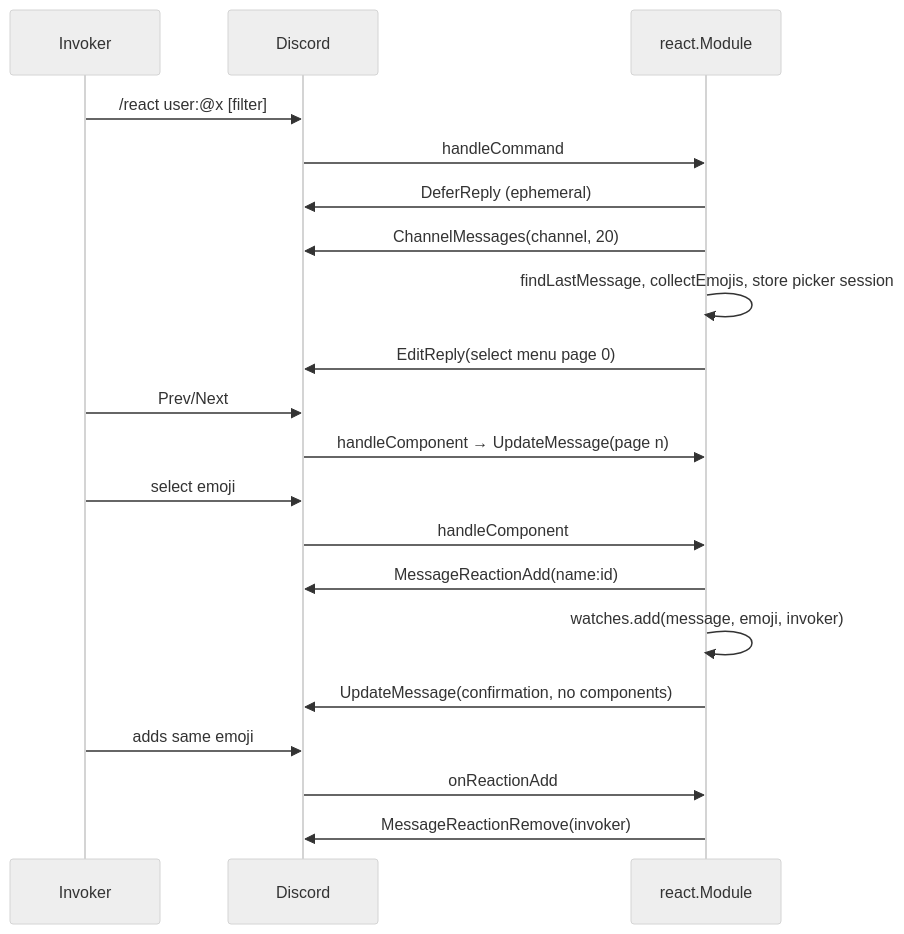
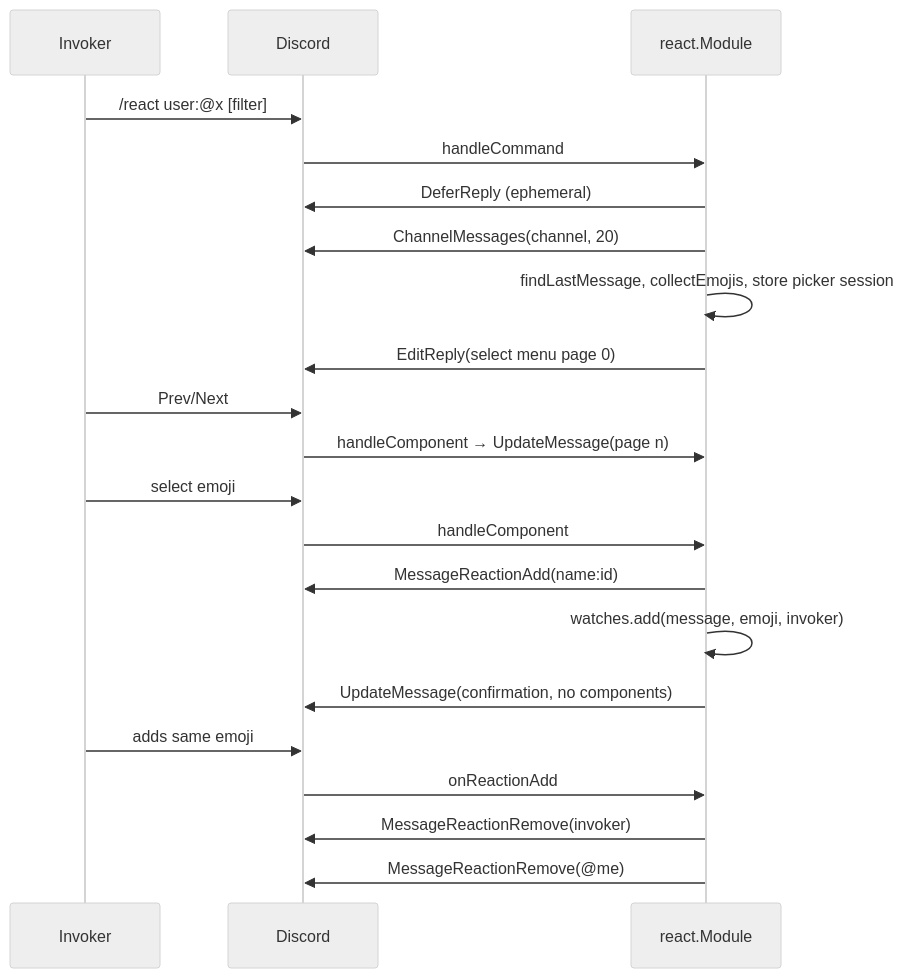
The diagram in docs/modules/react.md (toksikk/gidbig), drawn with Mermaid (neutral theme) before and after one commit. The commit also changed other lines of this file and 3 other files, not shown here.

````diff
--- a/docs/modules/react.md
+++ b/docs/modules/react.md
@@ -27,23 +28,24 @@
 ```mermaid
 sequenceDiagram
     participant U as Invoker
     participant D as Discord
     participant R as react.Module
 
     U->>D: /react user:@x [filter]
     D->>R: handleCommand
     R->>D: DeferReply (ephemeral)
     R->>D: ChannelMessages(channel, 20)
     R->>R: findLastMessage, collectEmojis, store picker session
     R->>D: EditReply(select menu page 0)
     U->>D: Prev/Next
     D->>R: handleComponent → UpdateMessage(page n)
     U->>D: select emoji
     D->>R: handleComponent
     R->>D: MessageReactionAdd(name:id)
     R->>R: watches.add(message, emoji, invoker)
     R->>D: UpdateMessage(confirmation, no components)
     U->>D: adds same emoji
     D->>R: onReactionAdd
     R->>D: MessageReactionRemove(invoker)
+    R->>D: MessageReactionRemove(@me)
 ```
````
